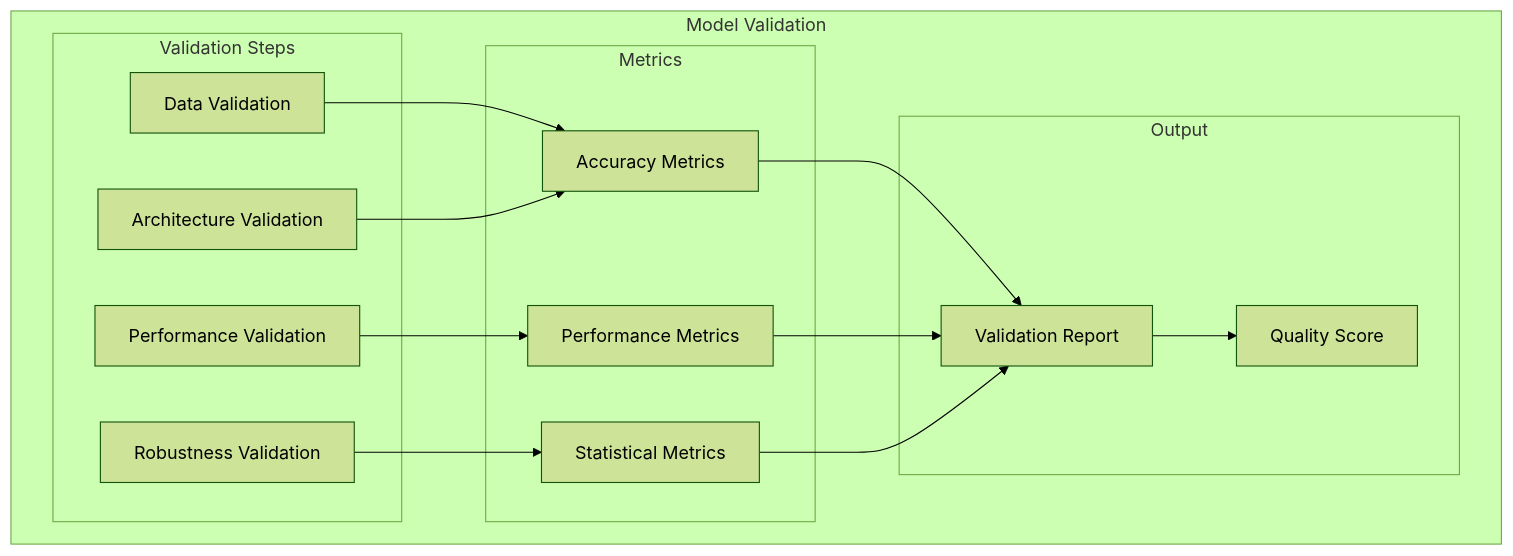
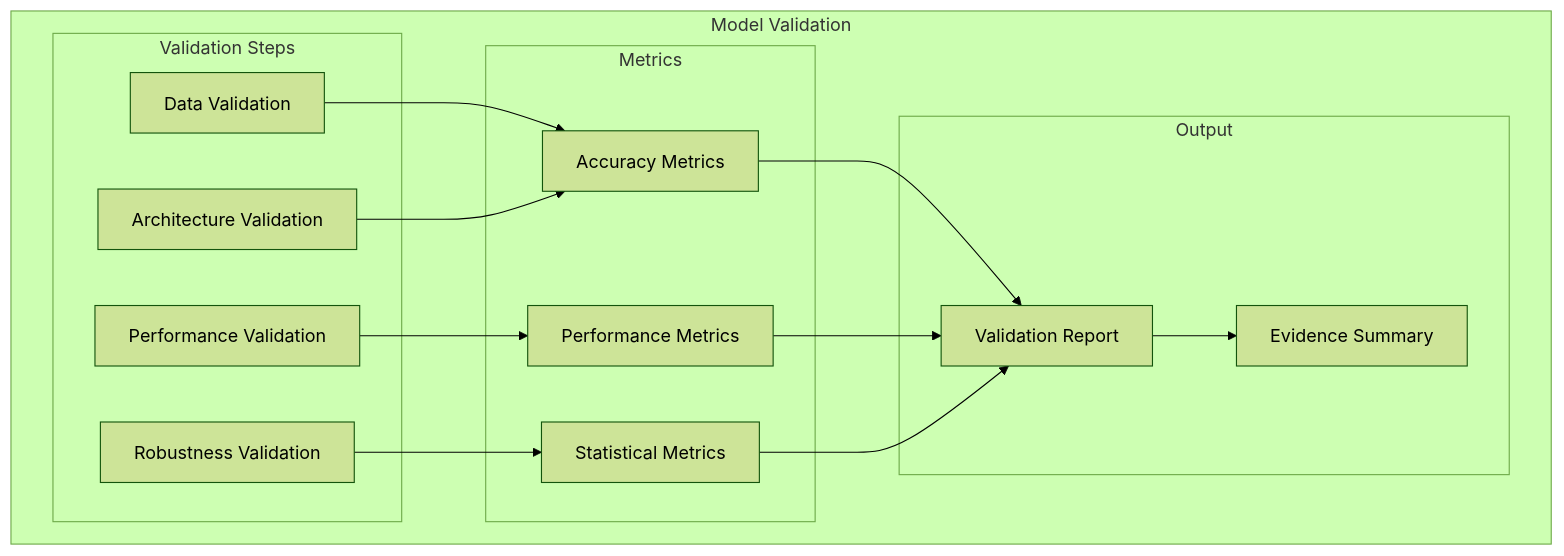
Before and after one commit to Evintkoo/2048-ml: the first of 7 diagrams in plans/09-Quality/02-Validation/01-model-validation.md, drawn with Mermaid (forest theme). The commit also changed other lines of this file and 67 other files, not shown here.

````diff
--- a/plans/09-Quality/02-Validation/01-model-validation.md
+++ b/plans/09-Quality/02-Validation/01-model-validation.md
@@ -20,31 +20,31 @@
 ```mermaid
 flowchart TD
     subgraph "Model Validation"
         subgraph "Validation Steps"
             VS1[Data Validation]
             VS2[Architecture Validation]
             VS3[Performance Validation]
             VS4[Robustness Validation]
         end
         
         subgraph "Metrics"
             M1[Accuracy Metrics]
             M2[Performance Metrics]
             M3[Statistical Metrics]
         end
         
         subgraph "Output"
             R[Validation Report]
-            Q[Quality Score]
+            Q[Evidence Summary]
         end
         
         VS1 --> M1
         VS2 --> M1
         VS3 --> M2
         VS4 --> M3
         M1 --> R
         M2 --> R
         M3 --> R
         R --> Q
     end
 ```
````
